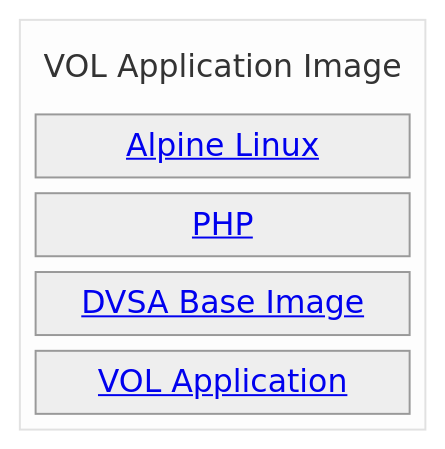
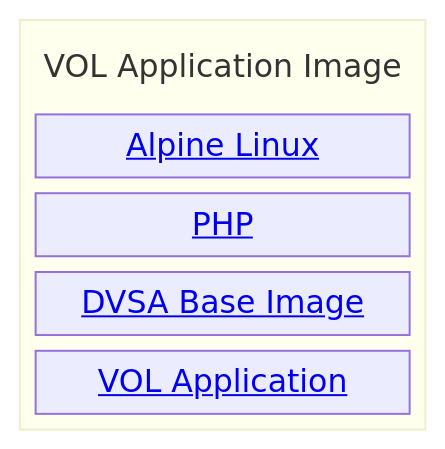
One commit to dvsa/vol-app changed the first of 2 diagrams in docs/infrastructure/docker/overview.md. Above: the diagram before and after it, drawn with Mermaid. The commit also changed 1 other file, not shown here.

Commit message:
docs: add "Path to Production" to CI/CD docs

````diff
--- a/docs/infrastructure/docker/overview.md
+++ b/docs/infrastructure/docker/overview.md
@@ -15,18 +15,17 @@
 ```mermaid
 ---
 config:
     securityLevel: "loose"
-    theme: neutral
 ---
 block-beta
     block:image
         columns 1
         label["VOL Application Image"]
         alpine["<a href='https://hub.docker.com/_/alpine'>Alpine Linux</a>"]
         php["<a href='https://hub.docker.com/_/php'>PHP</a>"]
         base["<a href='https://github.com/dvsa/dvsa-docker-images'>DVSA Base Image</a>"]
         app["<a href='https://github.com/dvsa/vol-app'>VOL Application</a>"]
 
         style label fill:transparent,stroke:0,stroke-width:0
     end
 ```
````
